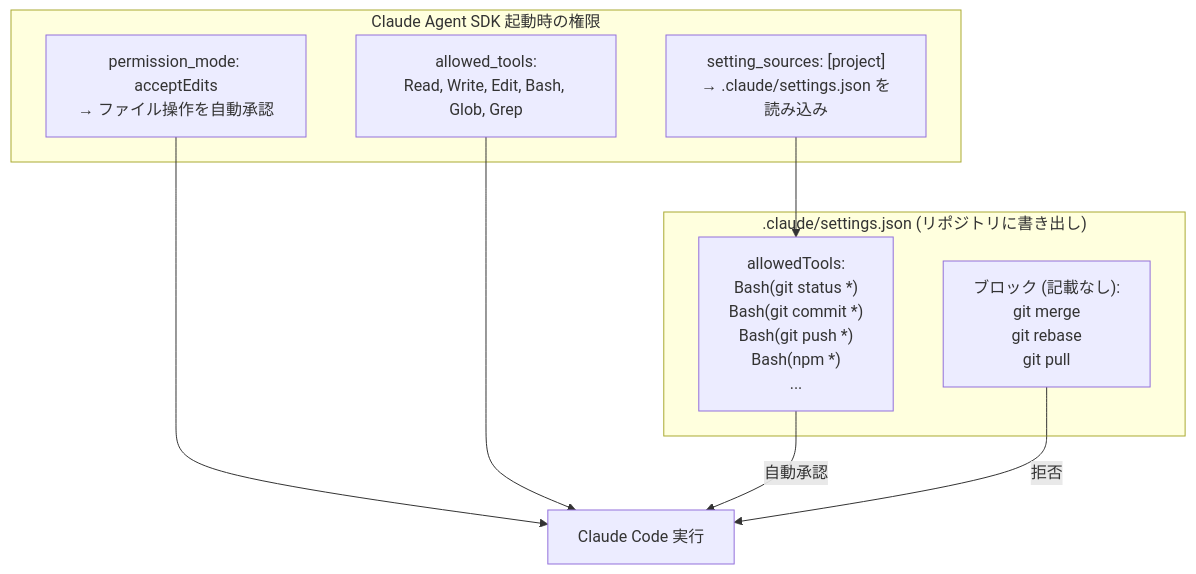
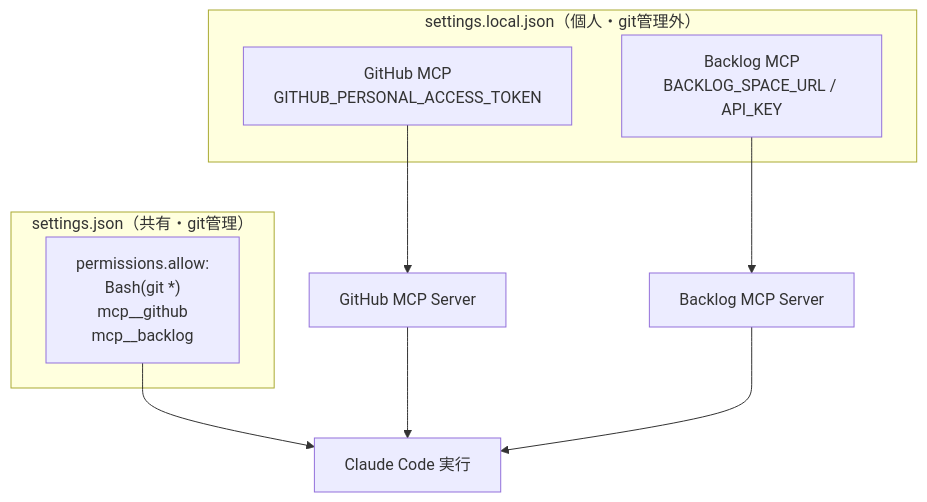
One commit to nohara-kengo/claude-state-manager changed the third of 3 diagrams in README.md. Above: the diagram before and after it, drawn with Mermaid. The commit also changed other lines of this file and 20 other files, not shown here.

````diff
--- a/README.md
+++ b/README.md
@@ -81,19 +62,17 @@
 ```mermaid
 graph TD
-    subgraph "Claude Agent SDK 起動時の権限"
-        PM["permission_mode: acceptEdits<br/>→ ファイル操作を自動承認"]
-        AT["allowed_tools:<br/>Read, Write, Edit, Bash, Glob, Grep"]
-        SS["setting_sources: [project]<br/>→ .claude/settings.json を読み込み"]
+    subgraph "settings.json（共有・git管理）"
+        Perm["permissions.allow:<br/>Bash(git *)<br/>mcp__github<br/>mcp__backlog"]
     end
 
-    subgraph ".claude/settings.json (リポジトリに書き出し)"
-        Allow["allowedTools:<br/>Bash(git status *)<br/>Bash(git commit *)<br/>Bash(git push *)<br/>Bash(npm *)<br/>..."]
-        Block["ブロック (記載なし):<br/>git merge<br/>git rebase<br/>git pull"]
+    subgraph "settings.local.json（個人・git管理外）"
+        GHToken["GitHub MCP<br/>GITHUB_PERSONAL_ACCESS_TOKEN"]
+        BLToken["Backlog MCP<br/>BACKLOG_SPACE_URL / API_KEY"]
     end
 
-    PM --> Claude["Claude Code 実行"]
-    AT --> Claude
-    SS --> Allow
-    Allow -->|自動承認| Claude
-    Block -->|拒否| Claude
+    Perm --> Claude["Claude Code 実行"]
+    GHToken --> GHMCP["GitHub MCP Server"]
+    BLToken --> BLMCP["Backlog MCP Server"]
+    GHMCP --> Claude
+    BLMCP --> Claude
 ```
````
